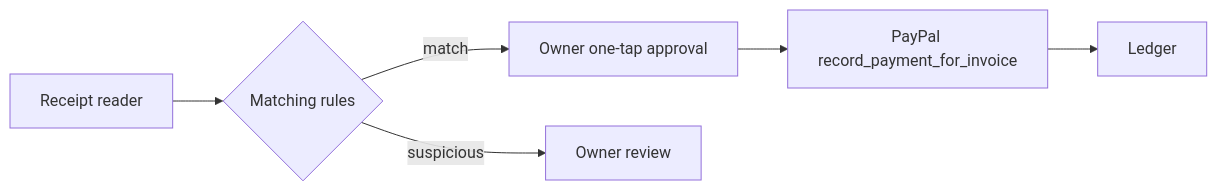
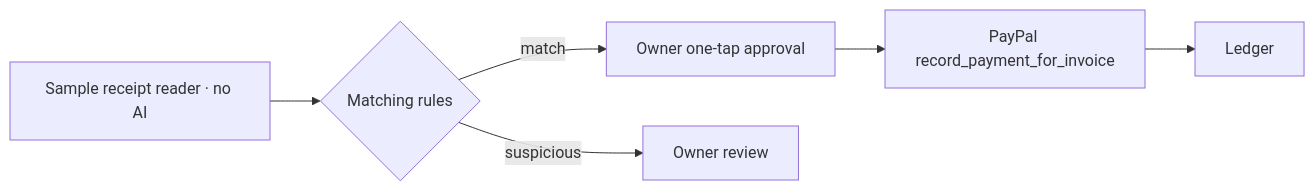
Before and after one commit to GabrielMarquez01/oki-by-asist: the diagram in README.md, drawn with Mermaid. The commit also changed other lines of this file and 15 other files, not shown here.

````diff
--- a/README.md
+++ b/README.md
@@ -31,8 +33,8 @@
 ```mermaid
 flowchart LR
-  R[Receipt reader] --> M{Matching rules}
+  R[Sample receipt reader · no AI] --> M{Matching rules}
   M -->|match| O[Owner one-tap approval]
   M -->|suspicious| V[Owner review]
   O --> P[PayPal record_payment_for_invoice]
   P --> L[Ledger]
 ```
````
